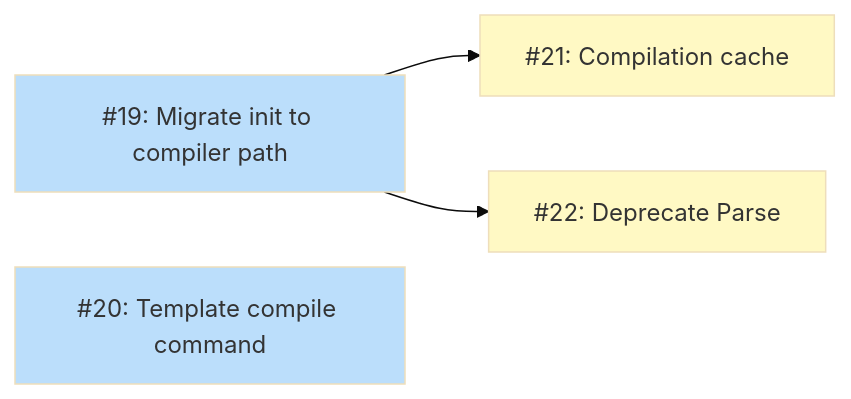
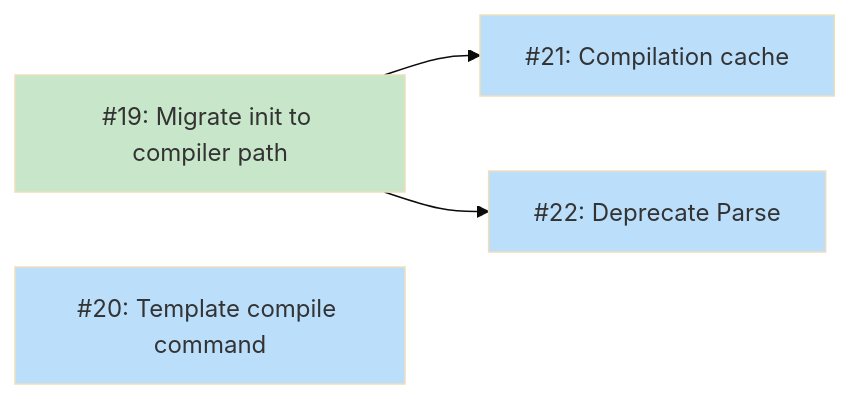
The diagram in docs/designs/DESIGN-koto-cli-tooling.md (tsukumogami/koto), drawn with Mermaid (base theme) before and after one commit. The commit also changed other lines of this file, not shown here.

Commit message:
docs(koto-cli-tooling): mark #19 as done, unblock #20-#22

````diff
--- a/docs/designs/DESIGN-koto-cli-tooling.md
+++ b/docs/designs/DESIGN-koto-cli-tooling.md
@@ -48,19 +48,19 @@
 ```mermaid
 graph LR
     I19["#19: Migrate init to compiler path"]
     I20["#20: Template compile command"]
     I21["#21: Compilation cache"]
     I22["#22: Deprecate Parse"]
 
     I19 --> I21
     I19 --> I22
 
     classDef done fill:#c8e6c9
     classDef ready fill:#bbdefb
     classDef blocked fill:#fff9c4
     classDef needsDesign fill:#e1bee7
     classDef tracksDesign fill:#FFE0B2,stroke:#F57C00,color:#000
 
-    class I19,I20 ready
-    class I21,I22 blocked
+    class I19 done
+    class I20,I21,I22 ready
 ```
````
